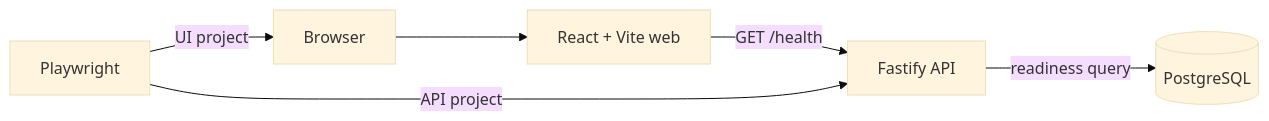
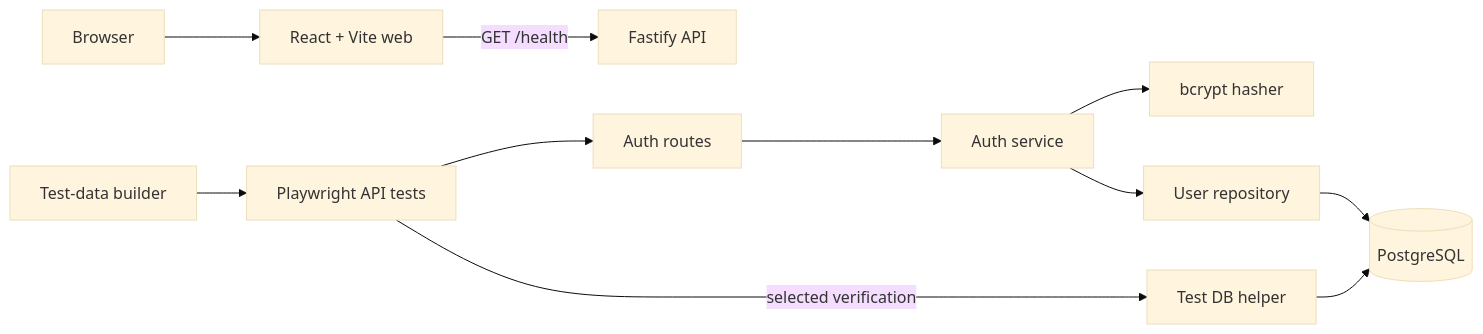
Before and after one commit to ldmrtnll-arch/releaseguard-sdet: the diagram in docs/architecture.md, drawn with Mermaid (base theme). The commit also changed other lines of this file and 38 other files, not shown here.

Commit message:
feat: add authentication and test data engineering

````diff
--- a/docs/architecture.md
+++ b/docs/architecture.md
@@ -5,8 +5,13 @@
 ```mermaid
 flowchart LR
   Browser[Browser] --> Web[React + Vite web]
   Web -->|GET /health| API[Fastify API]
-  API -->|readiness query| DB[(PostgreSQL)]
-  PW[Playwright] -->|UI project| Browser
-  PW -->|API project| API
+  PW[Playwright API tests] --> AuthRoutes[Auth routes]
+  AuthRoutes --> AuthService[Auth service]
+  AuthService --> Hasher[bcrypt hasher]
+  AuthService --> Repository[User repository]
+  Repository --> DB[(PostgreSQL)]
+  Builder[Test-data builder] --> PW
+  PW -->|selected verification| TestDB[Test DB helper]
+  TestDB --> DB
 ```
````
